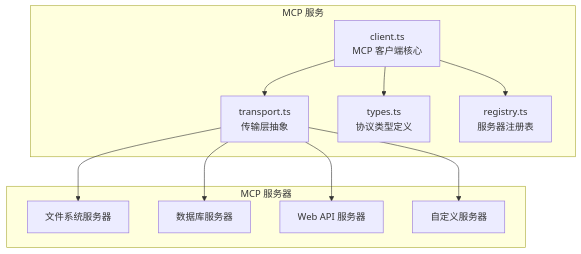
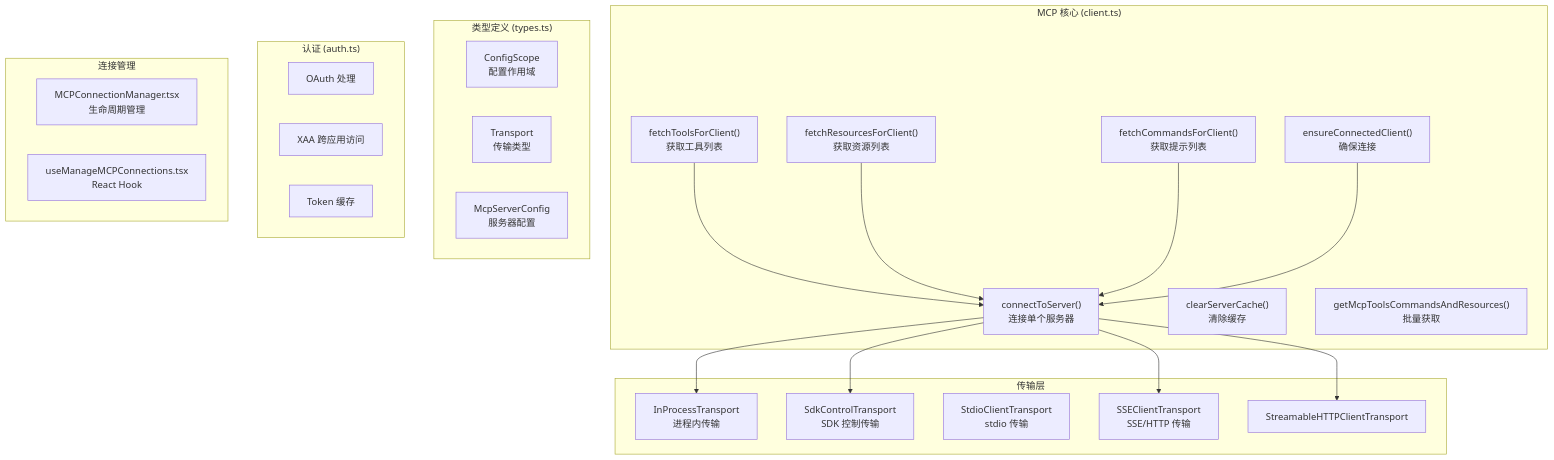
Before and after one commit to niuma996/claude-code-sourcemap-wiki: the first of 3 diagrams in .nium-wiki/wiki/services/mcp.md, drawn with Mermaid. The commit also changed other lines of this file and 19 other files, not shown here.

````diff
--- a/.nium-wiki/wiki/services/mcp.md
+++ b/.nium-wiki/wiki/services/mcp.md
@@ -15,22 +15,46 @@
 ```mermaid
 flowchart TB
-    subgraph MCPServices["MCP 服务"]
-        Client["client.ts<br/>MCP 客户端核心"]
-        Transport["transport.ts<br/>传输层抽象"]
-        Types["types.ts<br/>协议类型定义"]
-        Registry["registry.ts<br/>服务器注册表"]
+    subgraph MCPCore["MCP 核心 (client.ts)"]
+        connectToServer["connectToServer()<br/>连接单个服务器"]
+        ensureConnectedClient["ensureConnectedClient()<br/>确保连接"]
+        clearServerCache["clearServerCache()<br/>清除缓存"]
+        fetchToolsForClient["fetchToolsForClient()<br/>获取工具列表"]
+        fetchResourcesForClient["fetchResourcesForClient()<br/>获取资源列表"]
+        fetchCommandsForClient["fetchCommandsForClient()<br/>获取提示列表"]
+        getMcpToolsCommandsAndResources["getMcpToolsCommandsAndResources()<br/>批量获取"]
     end
-    subgraph MCPServers["MCP 服务器"]
-        FileSystem["文件系统服务器"]
-        Database["数据库服务器"]
-        WebAPI["Web API 服务器"]
-        Custom["自定义服务器"]
+
+    subgraph MCPTypes["类型定义 (types.ts)"]
+        ConfigScope["ConfigScope<br/>配置作用域"]
+        Transport["Transport<br/>传输类型"]
+        McpServerConfig["McpServerConfig<br/>服务器配置"]
     end
-    Client --> Transport
-    Client --> Types
-    Client --> Registry
-    Transport --> FileSystem
-    Transport --> Database
-    Transport --> WebAPI
-    Transport --> Custom
+
+    subgraph MCPTransport["传输层"]
+        InProcessTransport["InProcessTransport<br/>进程内传输"]
+        SdkControlTransport["SdkControlTransport<br/>SDK 控制传输"]
+        StdioClientTransport["StdioClientTransport<br/>stdio 传输"]
+        SSEClientTransport["SSEClientTransport<br/>SSE/HTTP 传输"]
+        StreamableHTTP["StreamableHTTPClientTransport"]
+    end
+
+    subgraph MCPAuth["认证 (auth.ts)"]
+        OAuth["OAuth 处理"]
+        XAA["XAA 跨应用访问"]
+        TokenCache["Token 缓存"]
+    end
+
+    subgraph MCPManager["连接管理"]
+        MCPConnectionManager["MCPConnectionManager.tsx<br/>生命周期管理"]
+        useManageMCPConnections["useManageMCPConnections.tsx<br/>React Hook"]
+    end
+
+    connectToServer --> InProcessTransport
+    connectToServer --> SdkControlTransport
+    connectToServer --> SSEClientTransport
+    connectToServer --> StreamableHTTP
+    fetchToolsForClient --> connectToServer
+    fetchResourcesForClient --> connectToServer
+    fetchCommandsForClient --> connectToServer
+    ensureConnectedClient --> connectToServer
 ```
````
